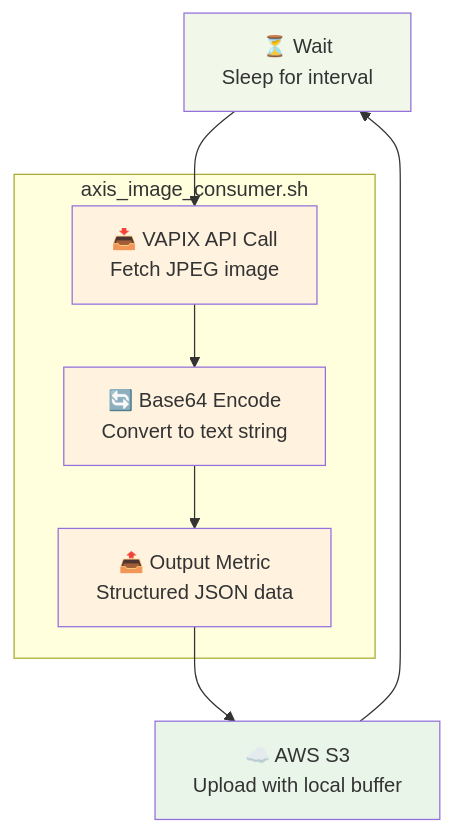
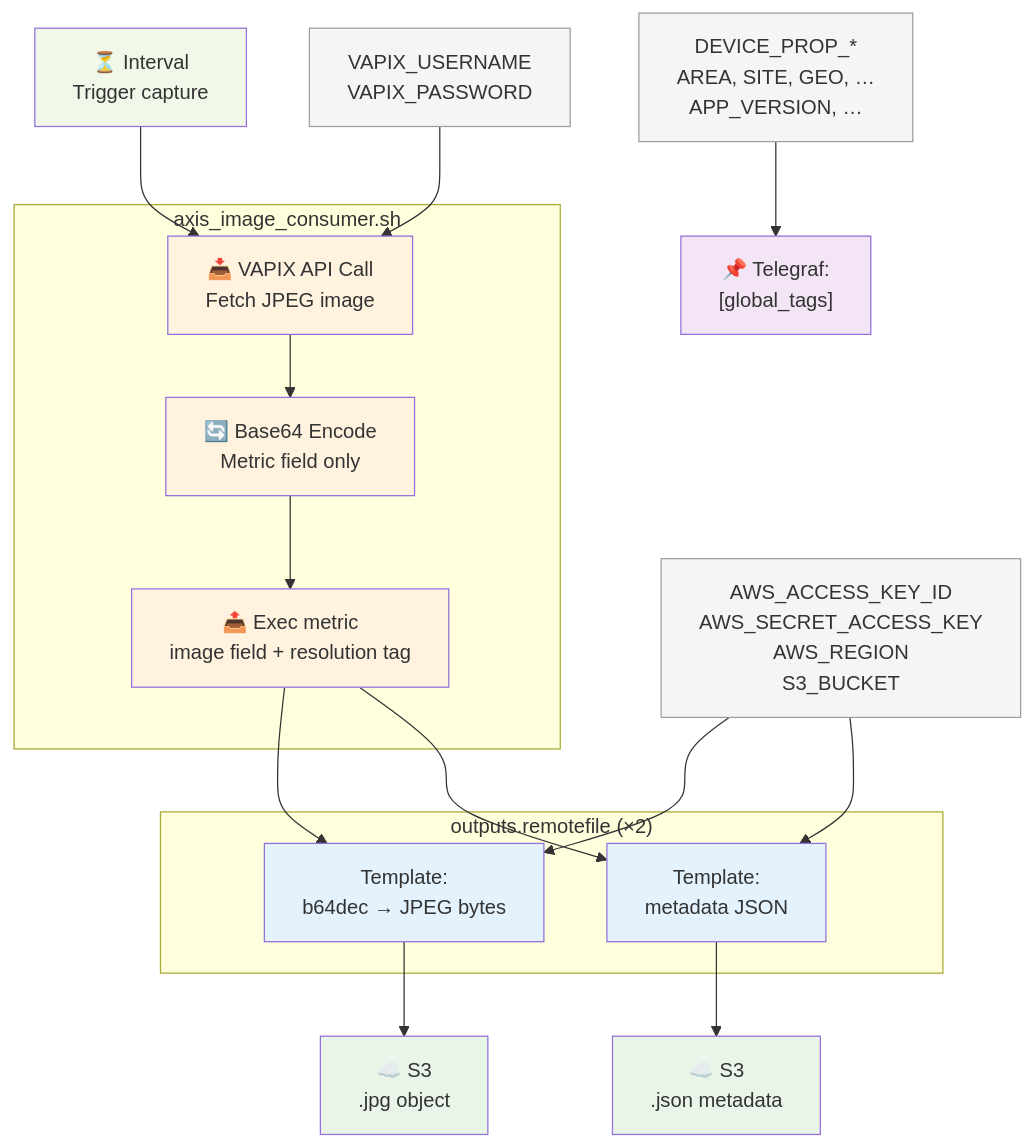
The third of 3 diagrams in README.md (fixedit-ai/fixedit-data-agent-examples), drawn with Mermaid before and after one commit. The commit also changed other lines of this file and 7 other files, not shown here.

````diff
--- a/README.md
+++ b/README.md
@@ -129,17 +129,41 @@
 ```mermaid
 flowchart TD
-    A["⏳ Wait<br/>Sleep for interval"] --> B1["📥 VAPIX API Call<br/>Fetch JPEG image"]
-    B3 --> C["☁️ AWS S3<br/>Upload with local buffer"]
-    C --> A
+    A["⏳ Interval<br/>Trigger capture"] --> B1["📥 VAPIX API Call<br/>Fetch JPEG image"]
+    B4 --> J["☁️ S3<br/>.jpg object"]
+    B5 --> M["☁️ S3<br/>.json metadata"]
+
+    GT["📌 Telegraf:<br/>[global_tags]"]
+
+    XMeta["DEVICE_PROP_*<br/>AREA, SITE, GEO, …<br/>APP_VERSION, …"]
+    XMeta --> GT
+
+    XVapix["VAPIX_USERNAME<br/>VAPIX_PASSWORD"]
+    XVapix --> B1
+
+    XAws["AWS_ACCESS_KEY_ID<br/>AWS_SECRET_ACCESS_KEY<br/>AWS_REGION<br/>S3_BUCKET"]
+    XAws --> B4
+    XAws --> B5
 
     subgraph "axis_image_consumer.sh"
-        B1["📥 VAPIX API Call<br/>Fetch JPEG image"] --> B2["🔄 Base64 Encode<br/>Convert to text string"]
-        B2 --> B3["📤 Output Metric<br/>Structured JSON data"]
+        B1["📥 VAPIX API Call<br/>Fetch JPEG image"] --> B2["🔄 Base64 Encode<br/>Metric field only"]
+        B2 --> B3["📤 Exec metric<br/>image field + resolution tag"]
+    end
+
+    subgraph "outputs.remotefile (×2)"
+        B3 --> B4["Template:<br/>b64dec → JPEG bytes"]
+        B3 --> B5["Template:<br/>metadata JSON"]
     end
 
     style A fill:#f1f8e9
-    style C fill:#e8f5e8
+    style GT fill:#f3e5f5
+    style J fill:#e8f5e8
+    style M fill:#e8f5e8
     style B1 fill:#fff3e0
     style B2 fill:#fff3e0
     style B3 fill:#fff3e0
+    style B4 fill:#e3f2fd
+    style B5 fill:#e3f2fd
+    style XMeta fill:#f5f5f5,stroke:#9e9e9e
+    style XVapix fill:#f5f5f5,stroke:#9e9e9e
+    style XAws fill:#f5f5f5,stroke:#9e9e9e
 ```
````
